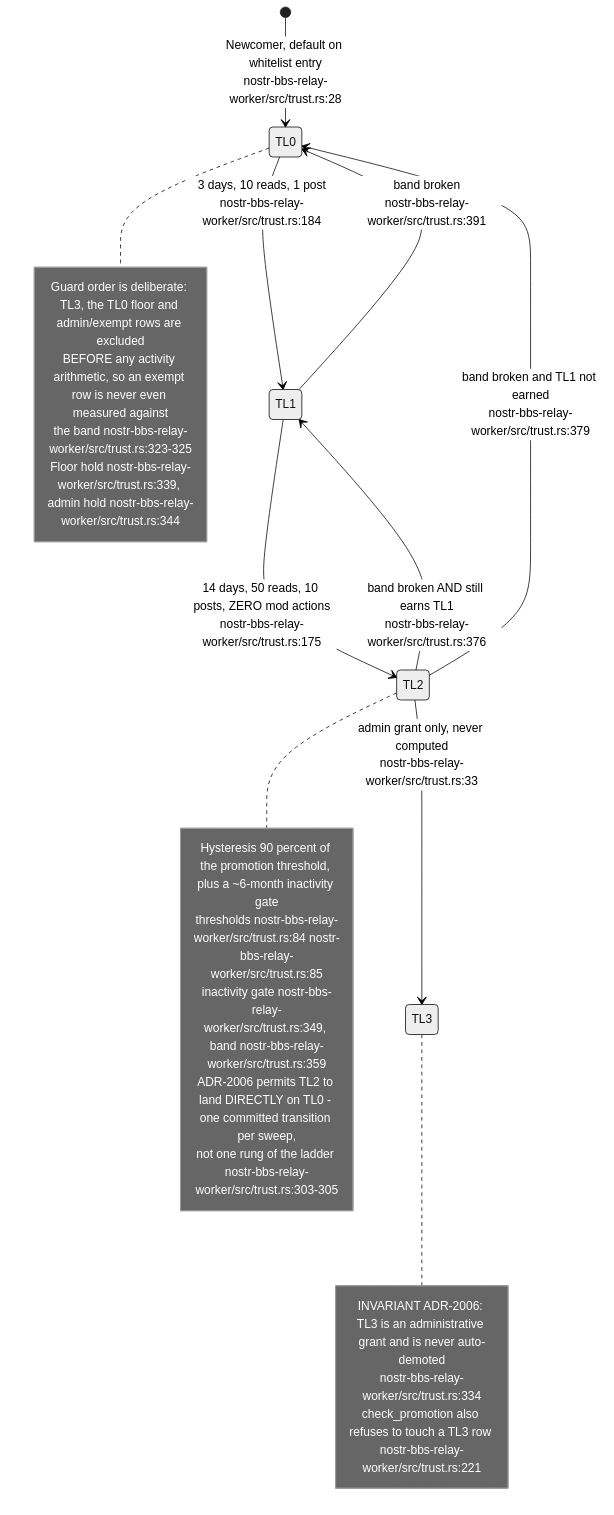
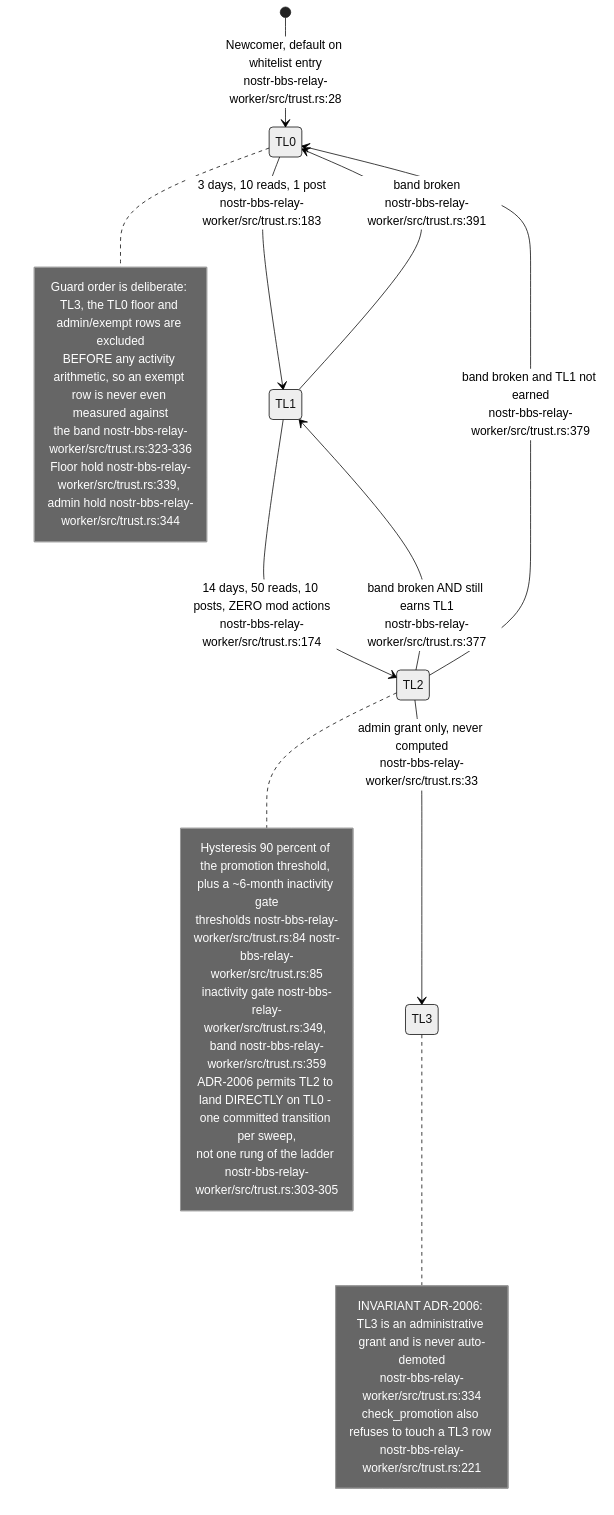
The eighth of 14 diagrams in docs/diagrams/nostr-rust-forum/03-relay-worker-admission-auth-and-trust.md (DreamLab-AI/VisionFlow), drawn with Mermaid (neutral theme) before and after one commit. The commit also changed other lines of this file and 136 other files, not shown here.

First line of the commit message:
docs(diagrams): refresh the whole corpus to code HEAD and prune low-value diagrams

````diff
--- a/docs/diagrams/nostr-rust-forum/03-relay-worker-admission-auth-and-trust.md
+++ b/docs/diagrams/nostr-rust-forum/03-relay-worker-admission-auth-and-trust.md
@@ -208,29 +207,29 @@
 ```mermaid
 stateDiagram-v2
     [*] --> TL0: Newcomer, default on whitelist entry<br/>nostr-bbs-relay-worker/src/trust.rs:28
-    TL0 --> TL1: 3 days, 10 reads, 1 post<br/>nostr-bbs-relay-worker/src/trust.rs:184
-    TL1 --> TL2: 14 days, 50 reads, 10 posts, ZERO mod actions<br/>nostr-bbs-relay-worker/src/trust.rs:175
+    TL0 --> TL1: 3 days, 10 reads, 1 post<br/>nostr-bbs-relay-worker/src/trust.rs:183
+    TL1 --> TL2: 14 days, 50 reads, 10 posts, ZERO mod actions<br/>nostr-bbs-relay-worker/src/trust.rs:174
     TL2 --> TL3: admin grant only, never computed<br/>nostr-bbs-relay-worker/src/trust.rs:33
-    TL2 --> TL1: band broken AND still earns TL1<br/>nostr-bbs-relay-worker/src/trust.rs:376
+    TL2 --> TL1: band broken AND still earns TL1<br/>nostr-bbs-relay-worker/src/trust.rs:377
     TL2 --> TL0: band broken and TL1 not earned<br/>nostr-bbs-relay-worker/src/trust.rs:379
     TL1 --> TL0: band broken<br/>nostr-bbs-relay-worker/src/trust.rs:391
 
     note right of TL3
         INVARIANT ADR-2006: TL3 is an administrative grant and is never auto-demoted
         nostr-bbs-relay-worker/src/trust.rs:334
         check_promotion also refuses to touch a TL3 row nostr-bbs-relay-worker/src/trust.rs:221
     end note
     note right of TL0
         Guard order is deliberate: TL3, the TL0 floor and admin/exempt rows are excluded
         BEFORE any activity arithmetic, so an exempt row is never even measured against
-        the band nostr-bbs-relay-worker/src/trust.rs:323-325
+        the band nostr-bbs-relay-worker/src/trust.rs:323-336
         Floor hold nostr-bbs-relay-worker/src/trust.rs:339, admin hold nostr-bbs-relay-worker/src/trust.rs:344
     end note
     note right of TL2
         Hysteresis 90 percent of the promotion threshold, plus a ~6-month inactivity gate
         thresholds nostr-bbs-relay-worker/src/trust.rs:84 nostr-bbs-relay-worker/src/trust.rs:85
         inactivity gate nostr-bbs-relay-worker/src/trust.rs:349, band nostr-bbs-relay-worker/src/trust.rs:359
         ADR-2006 permits TL2 to land DIRECTLY on TL0 - one committed transition per sweep,
         not one rung of the ladder nostr-bbs-relay-worker/src/trust.rs:303-305
     end note
 ```
````
